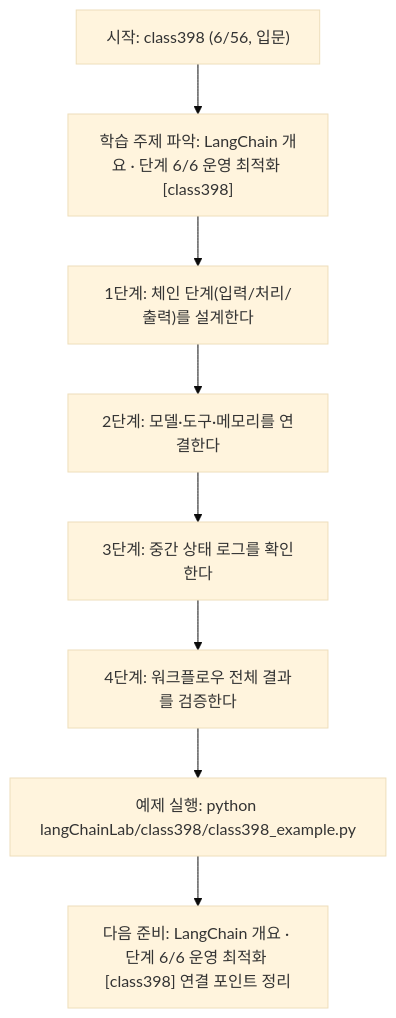
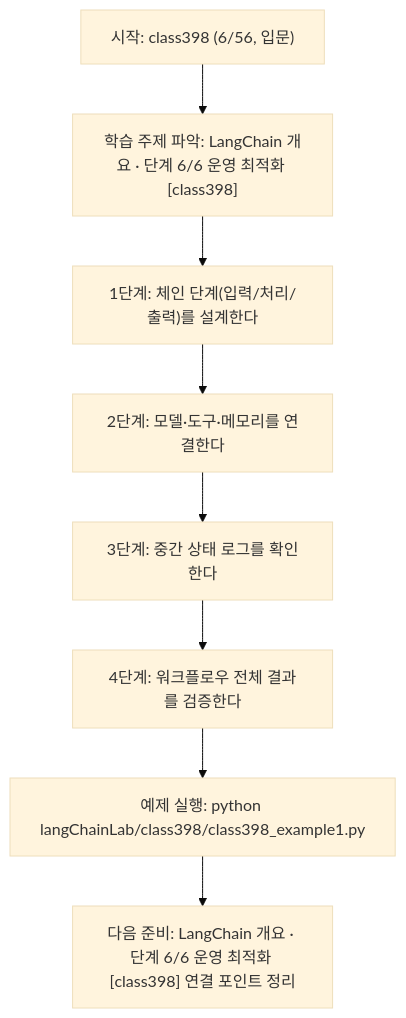
One commit to edumgt/Python-AI_Agent-Class changed the diagram in langChainLab/class398/class398.md. Above: the diagram before and after it, drawn with Mermaid (base theme). The commit also changed other lines of this file and 2959 other files, not shown here.

````diff
--- a/langChainLab/class398/class398.md
+++ b/langChainLab/class398/class398.md
@@ -109,18 +109,18 @@
 ```mermaid
 flowchart TD
 N1["시작: class398 (6/56, 입문)"]
 N2["학습 주제 파악: LangChain 개요 · 단계 6/6 운영 최적화 [class398]"]
 N3["1단계: 체인 단계(입력/처리/출력)를 설계한다"]
 N4["2단계: 모델·도구·메모리를 연결한다"]
 N5["3단계: 중간 상태 로그를 확인한다"]
 N6["4단계: 워크플로우 전체 결과를 검증한다"]
-N7["예제 실행: python langChainLab/class398/class398_example.py"]
+N7["예제 실행: python langChainLab/class398/class398_example1.py"]
 N8["다음 준비: LangChain 개요 · 단계 6/6 운영 최적화 [class398] 연결 포인트 정리"]
 N1 --> N2
 N2 --> N3
 N3 --> N4
 N4 --> N5
 N5 --> N6
 N6 --> N7
 N7 --> N8
 ```
````
